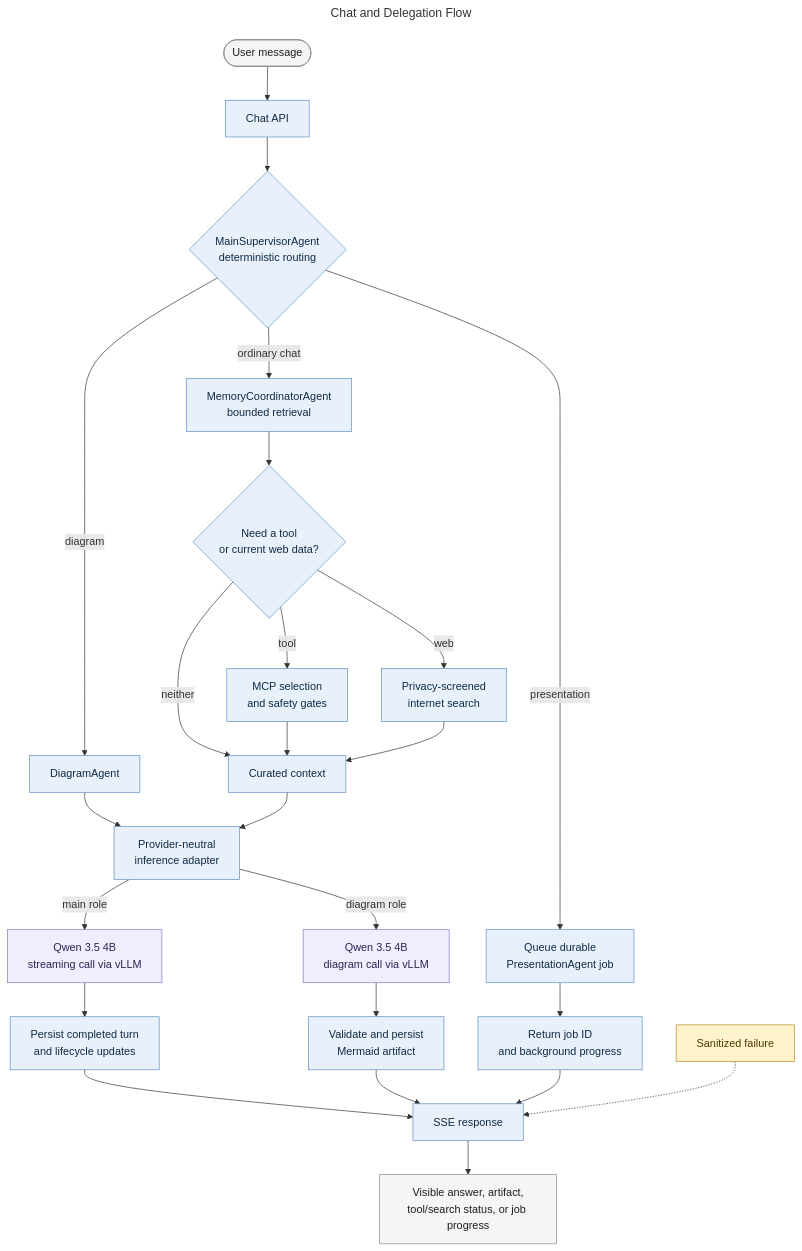
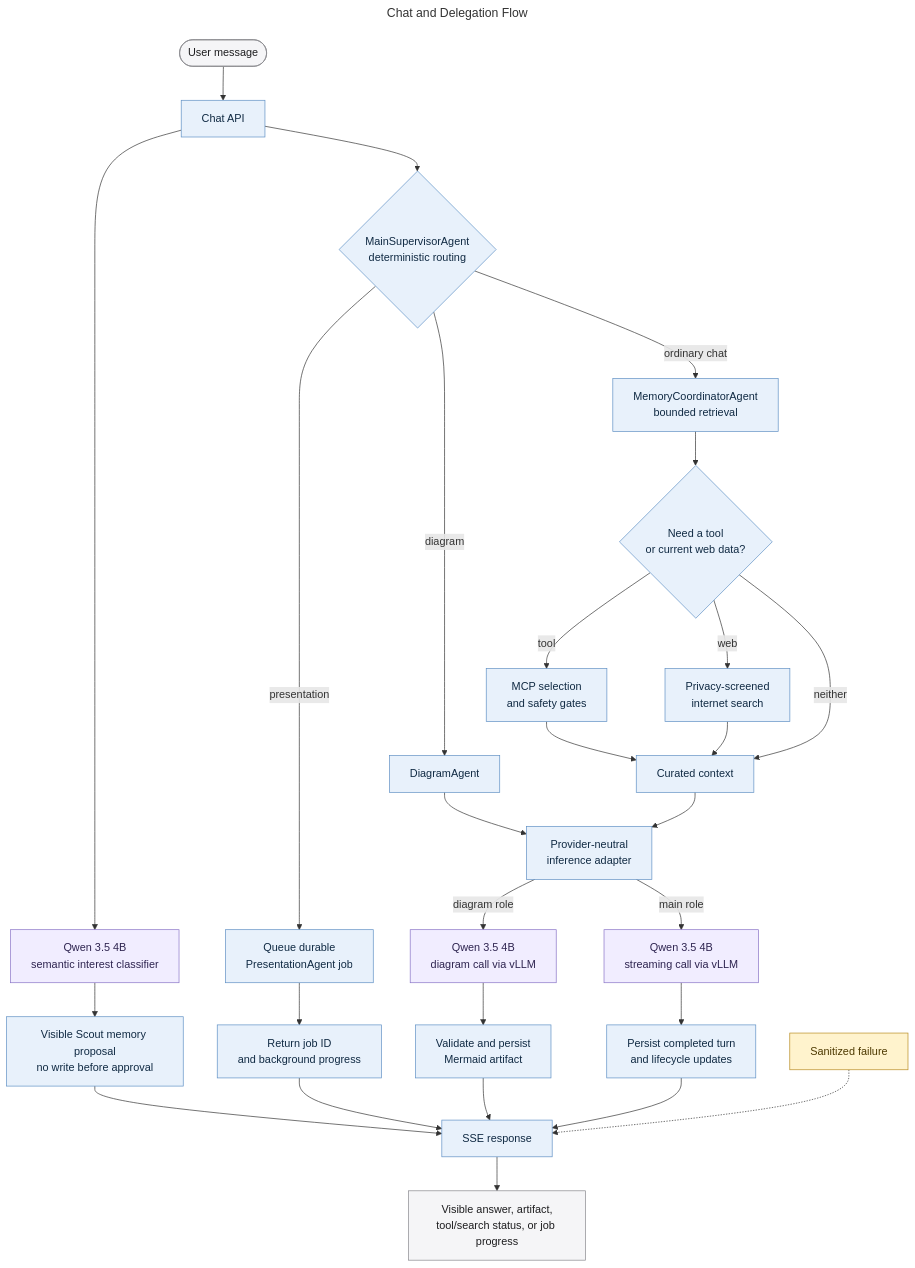
The diagram in docs/diagrams/chat-orchestration.mmd (MallyaAni/PersonalAssistant), drawn with Mermaid before and after one commit. The commit also changed 48 other files, not shown here.

First line of the commit message:
feat: connect semantic interests to Scout

```diff
--- a/docs/diagrams/chat-orchestration.mmd
+++ b/docs/diagrams/chat-orchestration.mmd
@@ -1,42 +1,45 @@
 ---
 title: Chat and Delegation Flow
 ---
 flowchart TB
     User([User message]) --> API[Chat API]
+    API --> Interest[Qwen 3.5 4B<br/>semantic interest classifier]
+    Interest --> Proposal[Visible Scout memory proposal<br/>no write before approval]
     API --> Supervisor{MainSupervisorAgent<br/>deterministic routing}
 
     Supervisor -->|presentation| Presentation[Queue durable<br/>PresentationAgent job]
     Presentation --> Progress[Return job ID<br/>and background progress]
 
     Supervisor -->|diagram| Diagram[DiagramAgent]
     Diagram --> Inference[Provider-neutral<br/>inference adapter]
     Inference -->|diagram role| DiagramModel[Qwen 3.5 4B<br/>diagram call via vLLM]
     DiagramModel --> Artifact[Validate and persist<br/>Mermaid artifact]
 
     Supervisor -->|ordinary chat| Memory[MemoryCoordinatorAgent<br/>bounded retrieval]
     Memory --> Optional{Need a tool<br/>or current web data?}
     Optional -->|tool| MCP[MCP selection<br/>and safety gates]
     Optional -->|web| Search[Privacy-screened<br/>internet search]
     Optional -->|neither| Context[Curated context]
     MCP --> Context
     Search --> Context
 
     Context --> Inference
     Inference -->|main role| Main[Qwen 3.5 4B<br/>streaming call via vLLM]
     Main --> Persist[Persist completed turn<br/>and lifecycle updates]
     Persist --> Stream[SSE response]
+    Proposal --> Stream
 
     Artifact --> Stream
     Progress --> Stream
     Stream --> UI[Visible answer, artifact,<br/>tool/search status, or job progress]
 
     Failure[Sanitized failure] -.-> Stream
 
     classDef interface fill:#f5f5f7,stroke:#86868b,color:#1d1d1f;
     classDef application fill:#e8f1fb,stroke:#5e8fc4,color:#102a43;
     classDef model fill:#f1edff,stroke:#8872c6,color:#2e2450;
     classDef failure fill:#fff3cd,stroke:#b78b20,color:#4d3900;
     class User,UI interface;
-    class API,Supervisor,Presentation,Progress,Diagram,Artifact,Memory,Optional,MCP,Search,Context,Inference,Persist,Stream application;
-    class Main,DiagramModel model;
+    class API,Supervisor,Presentation,Progress,Diagram,Artifact,Memory,Optional,MCP,Search,Context,Inference,Persist,Stream,Proposal application;
+    class Main,DiagramModel,Interest model;
     class Failure failure;
```
